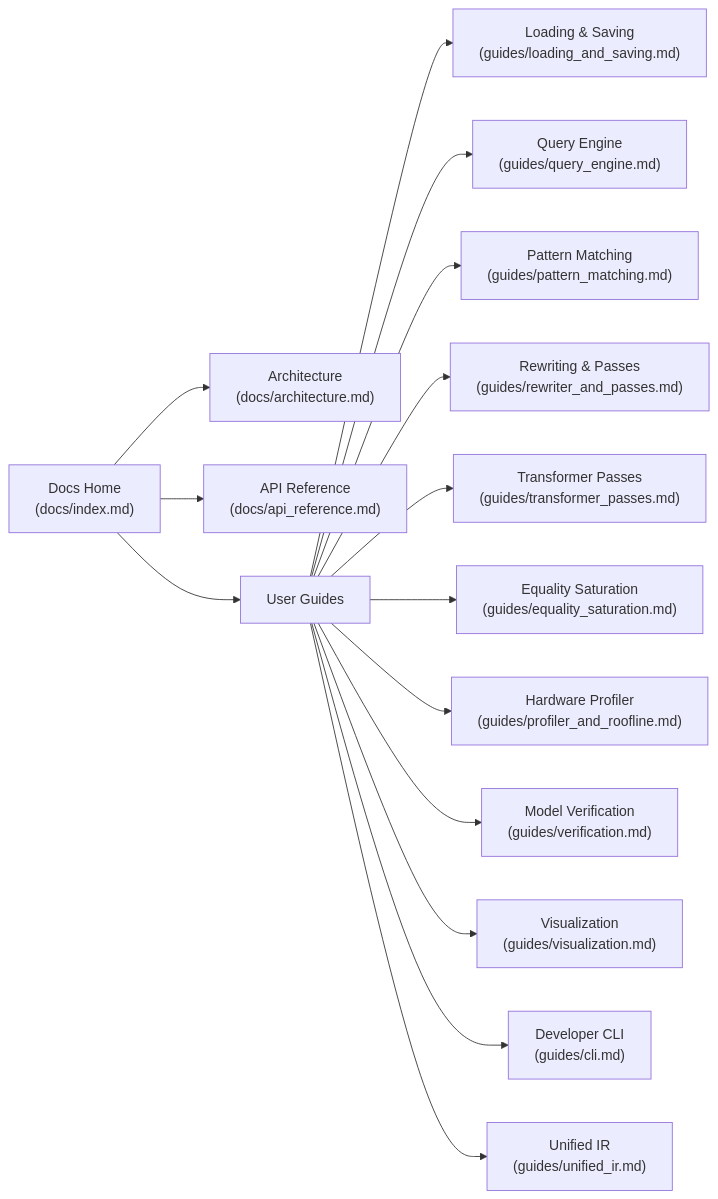
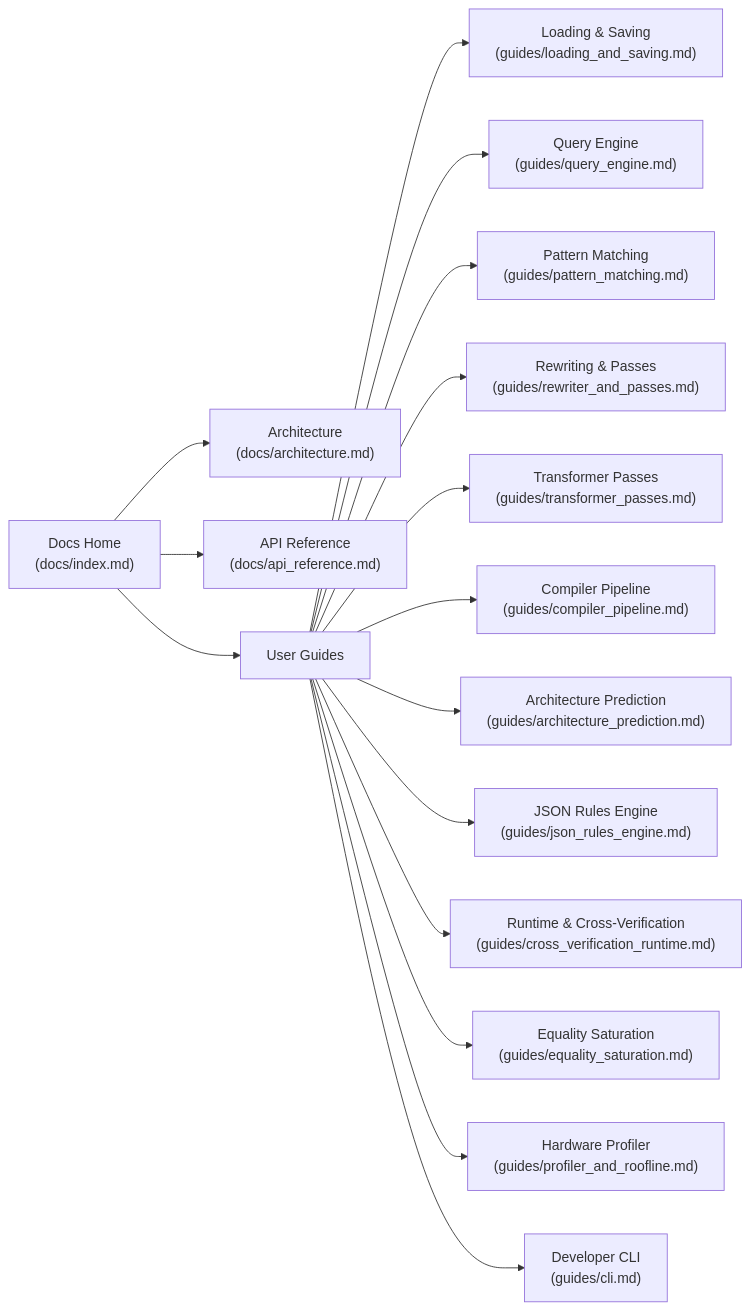
One commit to computerengineering-tutorial/neuron-toolkit changed the diagram in docs/index.md. Above: the diagram before and after it, drawn with Mermaid. The commit also changed other lines of this file and 68 other files, not shown here.

````diff
--- a/docs/index.md
+++ b/docs/index.md
@@ -80,23 +123,24 @@
 ```mermaid
 graph LR
     Index["Docs Home\n(docs/index.md)"]
     Arch["Architecture\n(docs/architecture.md)"]
     API["API Reference\n(docs/api_reference.md)"]
     Guides["User Guides"]
 
     Index --> Arch
     Index --> Guides
     Index --> API
 
     Guides --> G1["Loading & Saving\n(guides/loading_and_saving.md)"]
     Guides --> G2["Query Engine\n(guides/query_engine.md)"]
     Guides --> G3["Pattern Matching\n(guides/pattern_matching.md)"]
     Guides --> G4["Rewriting & Passes\n(guides/rewriter_and_passes.md)"]
     Guides --> G5["Transformer Passes\n(guides/transformer_passes.md)"]
-    Guides --> G6["Equality Saturation\n(guides/equality_saturation.md)"]
-    Guides --> G7["Hardware Profiler\n(guides/profiler_and_roofline.md)"]
-    Guides --> G8["Model Verification\n(guides/verification.md)"]
-    Guides --> G9["Visualization\n(guides/visualization.md)"]
-    Guides --> G10["Developer CLI\n(guides/cli.md)"]
-    Guides --> G11["Unified IR\n(guides/unified_ir.md)"]
+    Guides --> G6["Compiler Pipeline\n(guides/compiler_pipeline.md)"]
+    Guides --> G7["Architecture Prediction\n(guides/architecture_prediction.md)"]
+    Guides --> G8["JSON Rules Engine\n(guides/json_rules_engine.md)"]
+    Guides --> G9["Runtime & Cross-Verification\n(guides/cross_verification_runtime.md)"]
+    Guides --> G10["Equality Saturation\n(guides/equality_saturation.md)"]
+    Guides --> G11["Hardware Profiler\n(guides/profiler_and_roofline.md)"]
+    Guides --> G12["Developer CLI\n(guides/cli.md)"]
 ```
````
